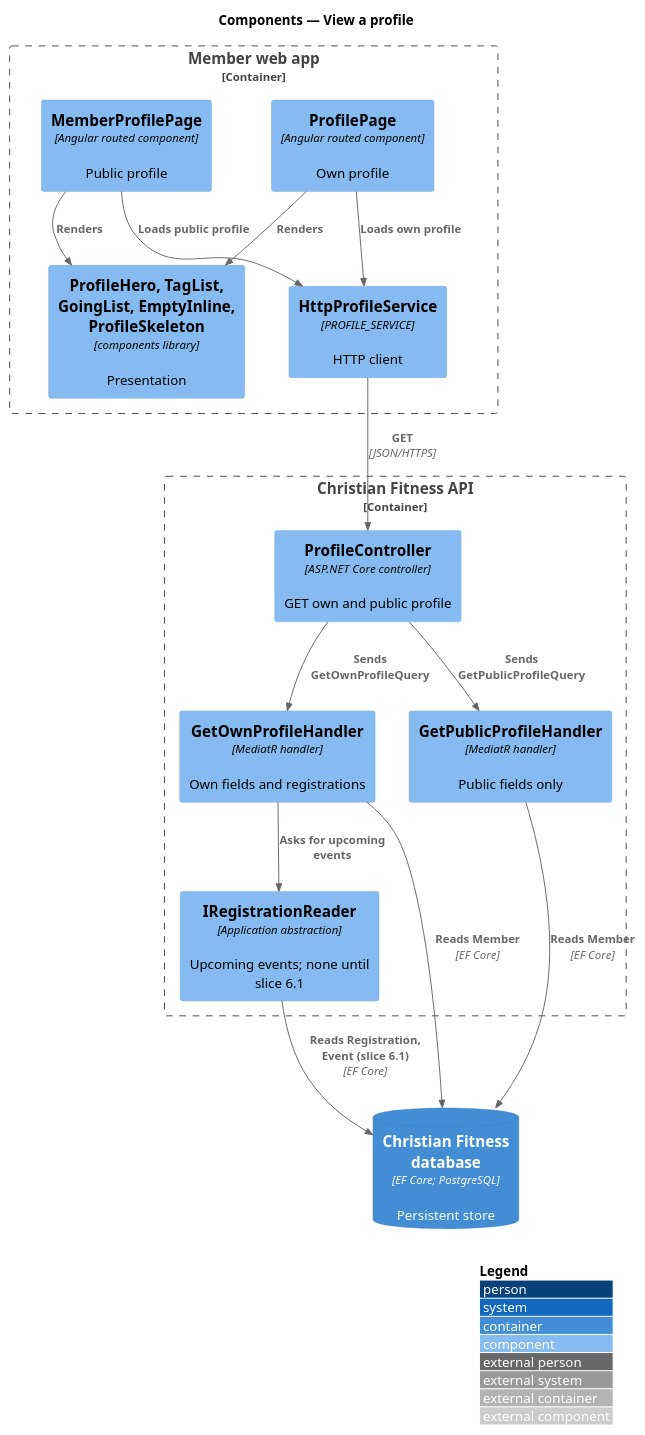
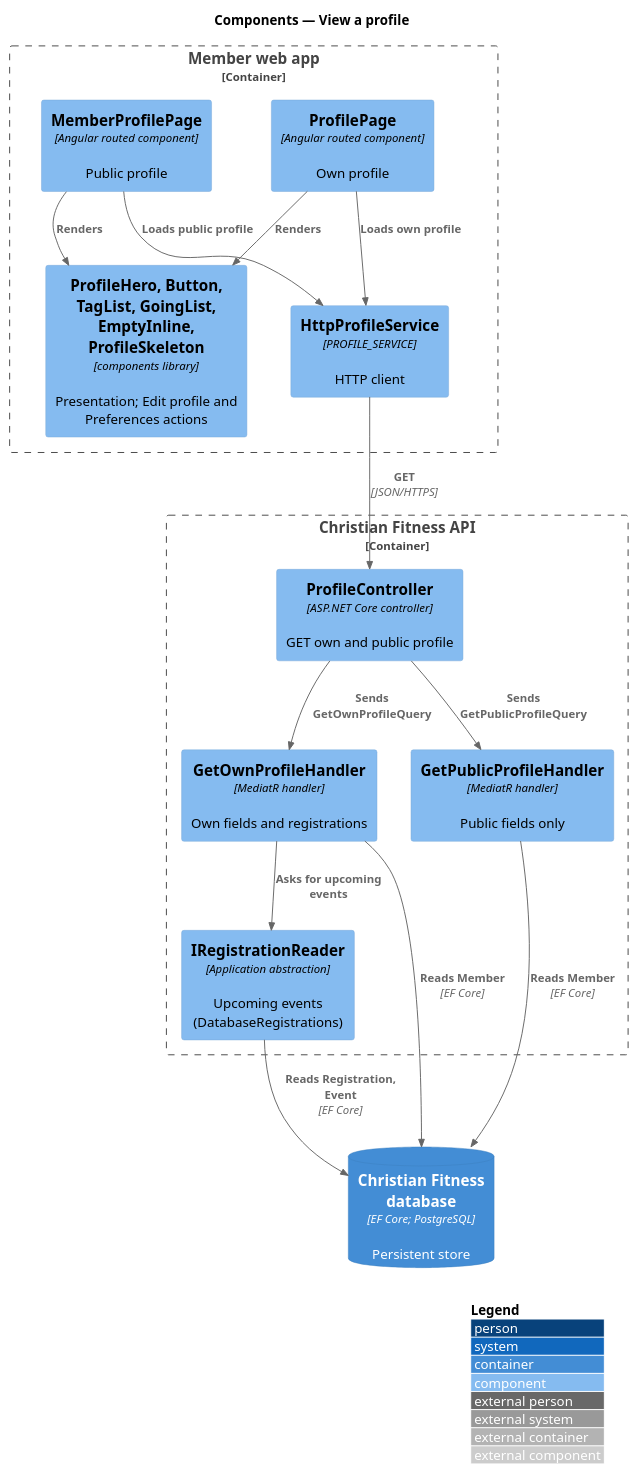
Before and after one commit to QuinntyneBrown/christian-fitness: the diagram in docs/detailed-designs/member-profile/view-profile/diagrams/c4-component.puml, drawn with PlantUML. The commit also changed 84 other files, not shown here.

```diff
--- a/docs/detailed-designs/member-profile/view-profile/diagrams/c4-component.puml
+++ b/docs/detailed-designs/member-profile/view-profile/diagrams/c4-component.puml
@@ -1,31 +1,31 @@
 @startuml
 !include <C4/C4_Component>
 LAYOUT_WITH_LEGEND()
 title Components — View a profile
 
 Container_Boundary(web, "Member web app") {
   Component(page, "ProfilePage", "Angular routed component", "Own profile")
   Component(mpage, "MemberProfilePage", "Angular routed component", "Public profile")
-  Component(ui, "ProfileHero, TagList, GoingList, EmptyInline, ProfileSkeleton", "components library", "Presentation")
+  Component(ui, "ProfileHero, Button, TagList, GoingList, EmptyInline, ProfileSkeleton", "components library", "Presentation; Edit profile and Preferences actions")
   Component(svc, "HttpProfileService", "PROFILE_SERVICE", "HTTP client")
 }
 Container_Boundary(api, "Christian Fitness API") {
   Component(ctrl, "ProfileController", "ASP.NET Core controller", "GET own and public profile")
   Component(h1, "GetOwnProfileHandler", "MediatR handler", "Own fields and registrations")
-  Component(reg, "IRegistrationReader", "Application abstraction", "Upcoming events; none until slice 6.1")
+  Component(reg, "IRegistrationReader", "Application abstraction", "Upcoming events (DatabaseRegistrations)")
   Component(h2, "GetPublicProfileHandler", "MediatR handler", "Public fields only")
 }
 ContainerDb(db, "Christian Fitness database", "EF Core; PostgreSQL", "Persistent store")
 
 Rel(page, ui, "Renders")
 Rel(mpage, ui, "Renders")
 Rel(page, svc, "Loads own profile")
 Rel(mpage, svc, "Loads public profile")
 Rel(svc, ctrl, "GET", "JSON/HTTPS")
 Rel(ctrl, h1, "Sends GetOwnProfileQuery")
 Rel(ctrl, h2, "Sends GetPublicProfileQuery")
 Rel(h1, db, "Reads Member", "EF Core")
 Rel(h1, reg, "Asks for upcoming events")
-Rel(reg, db, "Reads Registration, Event (slice 6.1)", "EF Core")
+Rel(reg, db, "Reads Registration, Event", "EF Core")
 Rel(h2, db, "Reads Member", "EF Core")
 @enduml
```
